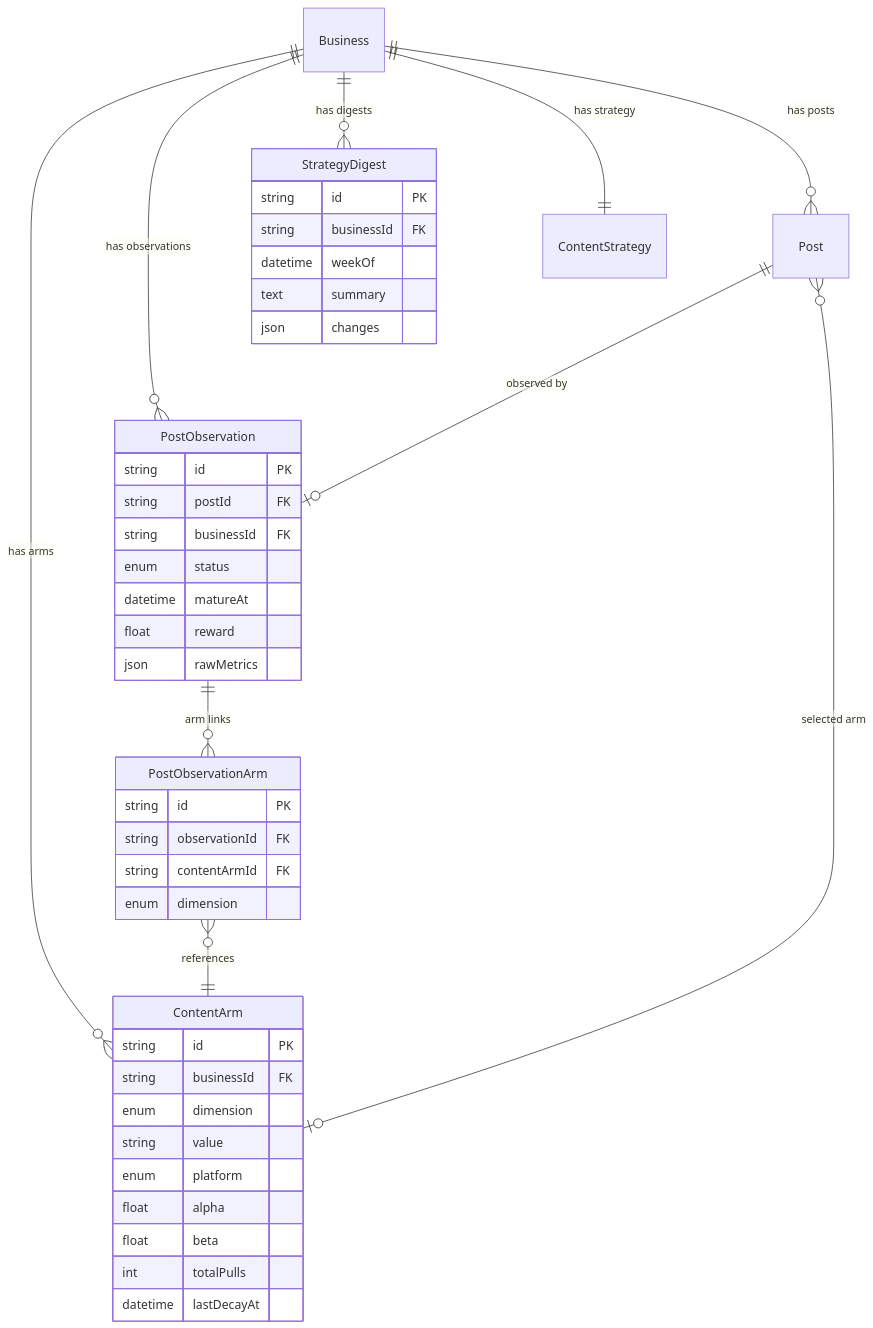
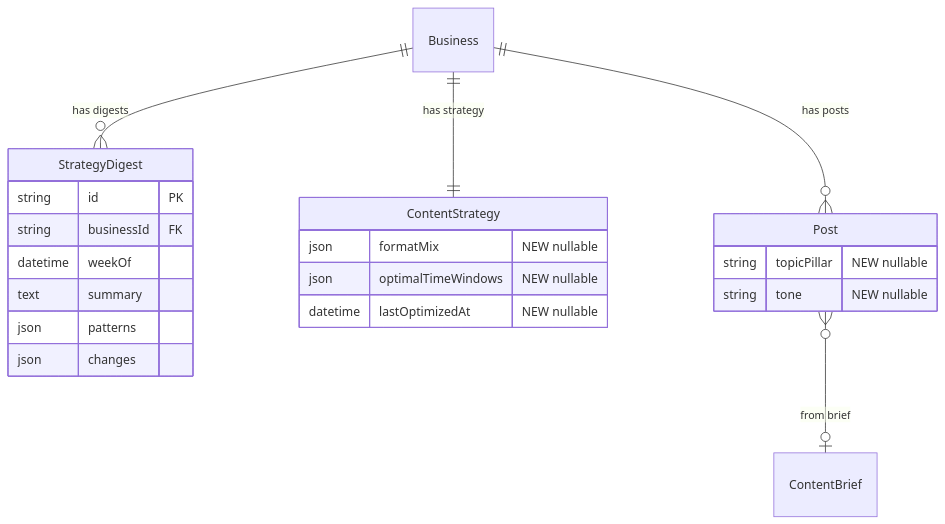
Before and after one commit to jsilvia721/ai-social: the diagram in docs/plans/2026-03-07-feat-milestone-3-self-improving-ai-plan.md, drawn with Mermaid. The commit also changed other lines of this file and 17 other files, not shown here.

````diff
--- a/docs/plans/2026-03-07-feat-milestone-3-self-improving-ai-plan.md
+++ b/docs/plans/2026-03-07-feat-milestone-3-self-improving-ai-plan.md
@@ -284,49 +154,27 @@
 ```mermaid
 erDiagram
-    Business ||--o{ ContentArm : "has arms"
-    Business ||--o{ PostObservation : "has observations"
     Business ||--o{ StrategyDigest : "has digests"
     Business ||--|| ContentStrategy : "has strategy"
     Business ||--o{ Post : "has posts"
-    Post ||--o| PostObservation : "observed by"
-    Post }o--o| ContentArm : "selected arm"
-    PostObservation ||--o{ PostObservationArm : "arm links"
-    PostObservationArm }o--|| ContentArm : "references"
-
-    ContentArm {
-        string id PK
-        string businessId FK
-        enum dimension
-        string value
-        enum platform
-        float alpha
-        float beta
-        int totalPulls
-        datetime lastDecayAt
-    }
-
-    PostObservation {
-        string id PK
-        string postId FK
-        string businessId FK
-        enum status
-        datetime matureAt
-        float reward
-        json rawMetrics
-    }
-
-    PostObservationArm {
-        string id PK
-        string observationId FK
-        string contentArmId FK
-        enum dimension
-    }
+    Post }o--o| ContentBrief : "from brief"
 
     StrategyDigest {
         string id PK
         string businessId FK
         datetime weekOf
         text summary
+        json patterns
         json changes
     }
+
+    Post {
+        string topicPillar "NEW nullable"
+        string tone "NEW nullable"
+    }
+
+    ContentStrategy {
+        json formatMix "NEW nullable"
+        json optimalTimeWindows "NEW nullable"
+        datetime lastOptimizedAt "NEW nullable"
+    }
 ```
````
